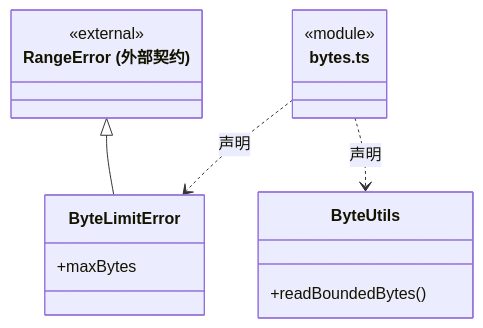
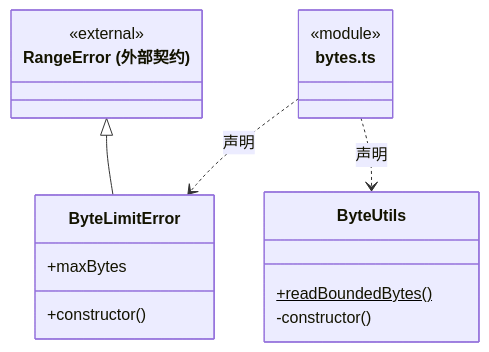
Before and after one commit to nan023062/cbim: the second of 8 diagrams in src/core/utility/ARCHITECTURE.md, drawn with Mermaid. The commit also changed other lines of this file and 139 other files, not shown here.

Commit message:
docs(architecture): add source reading paths and complete file inventories

````diff
--- a/src/core/utility/ARCHITECTURE.md
+++ b/src/core/utility/ARCHITECTURE.md
@@ -60,18 +64,20 @@
 ```mermaid
 classDiagram
 class N_src_core_utility_bytes_ts["bytes.ts"] {
   <<module>>
 }
 class N_src_core_utility_bytes_ts_ByteLimitError["ByteLimitError"] {
   +maxBytes
+  +constructor()
 }
 N_src_core_utility_bytes_ts ..> N_src_core_utility_bytes_ts_ByteLimitError : 声明
 class N_src_core_utility_bytes_ts_external_RangeError["RangeError (外部契约)"] {
   <<external>>
 }
 N_src_core_utility_bytes_ts_external_RangeError <|-- N_src_core_utility_bytes_ts_ByteLimitError
 class N_src_core_utility_bytes_ts_ByteUtils["ByteUtils"] {
-  +readBoundedBytes()
+  +readBoundedBytes()$
+  -constructor()
 }
 N_src_core_utility_bytes_ts ..> N_src_core_utility_bytes_ts_ByteUtils : 声明
 ```
````
